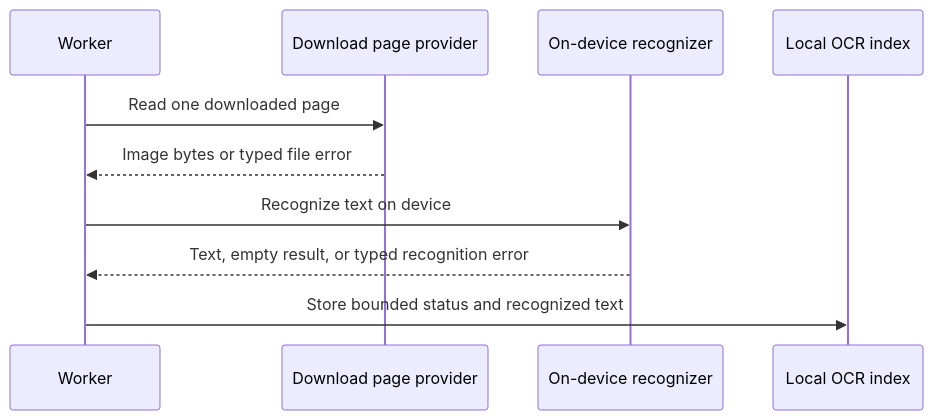
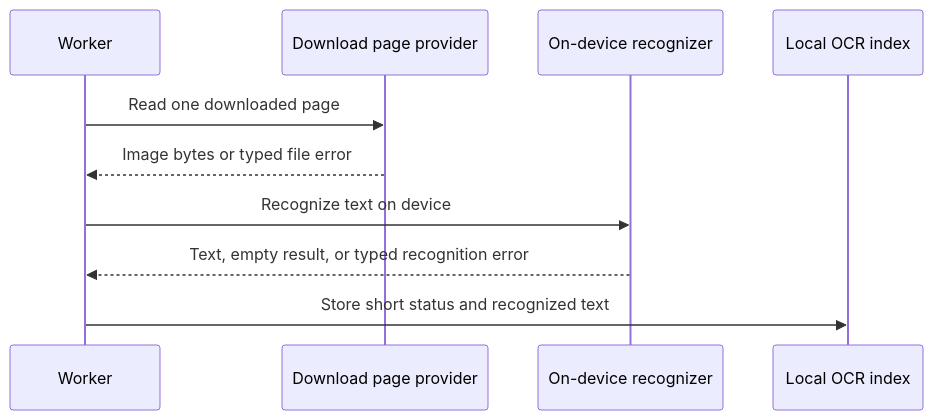
Before and after one commit to FancyCorey/komikku-KMK: the second of 4 diagrams in docs/kmk/diagrams/ocr.md, drawn with Mermaid. The commit also changed other lines of this file and 23 other files, not shown here.

````diff
--- a/docs/kmk/diagrams/ocr.md
+++ b/docs/kmk/diagrams/ocr.md
@@ -19,12 +19,12 @@
 ```mermaid
 sequenceDiagram
     participant Worker
     participant Files as Download page provider
     participant OCR as On-device recognizer
     participant Index as Local OCR index
     Worker->>Files: Read one downloaded page
     Files-->>Worker: Image bytes or typed file error
     Worker->>OCR: Recognize text on device
     OCR-->>Worker: Text, empty result, or typed recognition error
-    Worker->>Index: Store bounded status and recognized text
+    Worker->>Index: Store short status and recognized text
 ```
````
